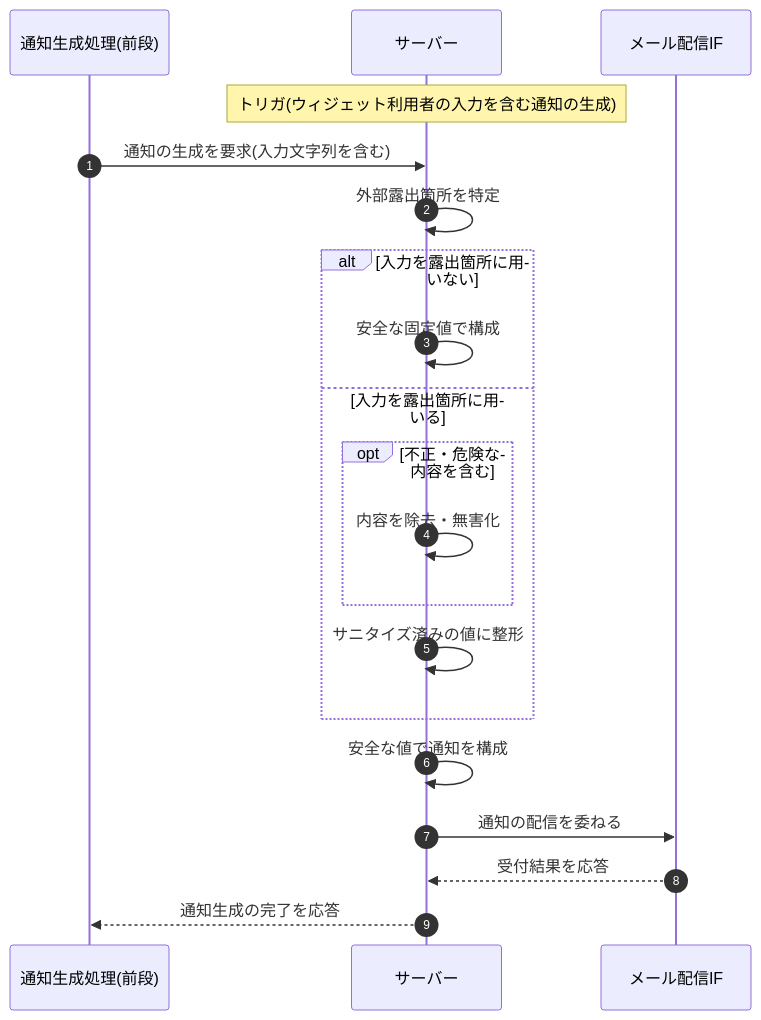
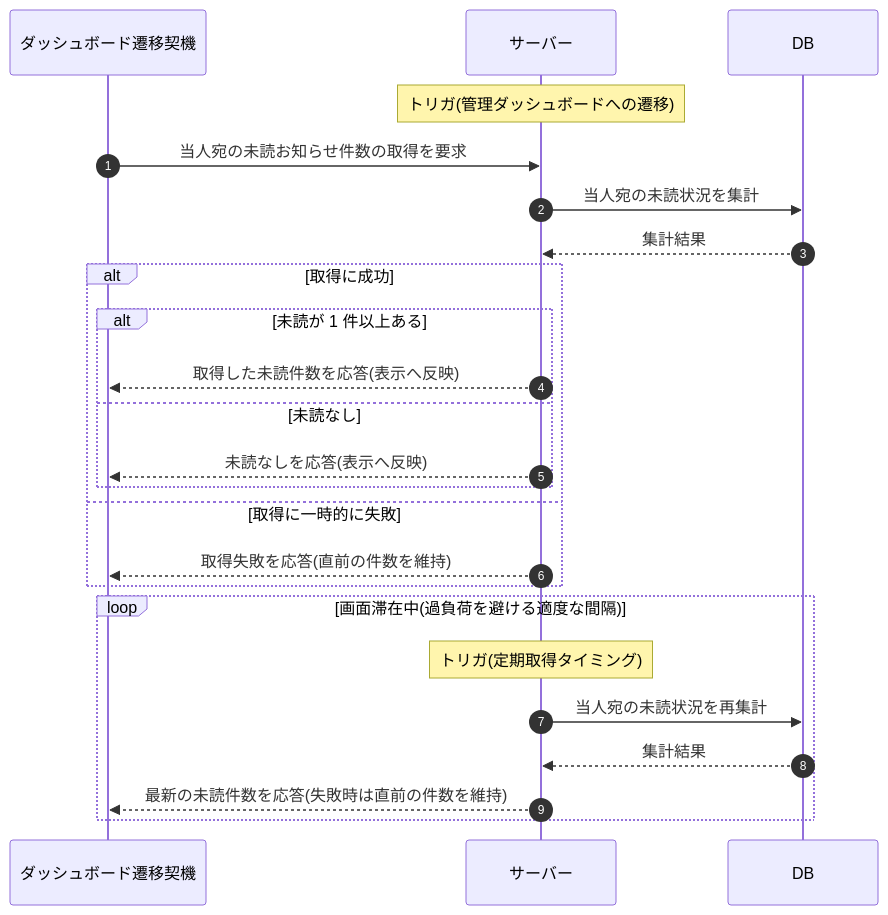
The diagram in 02_basic_design/03_sequences/SEQ-118.md (sikakou54/open-faq), drawn with Mermaid before and after one commit. The commit also changed other lines of this file and 395 other files, not shown here.

````diff
--- a/02_basic_design/03_sequences/SEQ-118.md
+++ b/02_basic_design/03_sequences/SEQ-118.md
@@ -25,22 +25,26 @@
 ```mermaid
 sequenceDiagram
   autonumber
-  participant T as 通知生成処理(前段)
+  participant TR as ダッシュボード遷移契機
   participant Server as サーバー
-  participant API as メール配信IF
-  Note over Server: トリガ(ウィジェット利用者の入力を含む通知の生成)
-  T->>Server: 通知の生成を要求(入力文字列を含む)
-  Server->>Server: 外部露出箇所を特定
-  alt 入力を露出箇所に用いない
-    Server->>Server: 安全な固定値で構成
-  else 入力を露出箇所に用いる
-    opt 不正・危険な内容を含む
-      Server->>Server: 内容を除去・無害化
+  participant DB as DB
+  Note over Server: トリガ(管理ダッシュボードへの遷移)
+  TR->>Server: 当人宛の未読お知らせ件数の取得を要求
+  Server->>DB: 当人宛の未読状況を集計
+  DB-->>Server: 集計結果
+  alt 取得に成功
+    alt 未読が 1 件以上ある
+      Server-->>TR: 取得した未読件数を応答(表示へ反映)
+    else 未読なし
+      Server-->>TR: 未読なしを応答(表示へ反映)
     end
-    Server->>Server: サニタイズ済みの値に整形
+  else 取得に一時的に失敗
+    Server-->>TR: 取得失敗を応答(直前の件数を維持)
   end
-  Server->>Server: 安全な値で通知を構成
-  Server->>API: 通知の配信を委ねる
-  API-->>Server: 受付結果を応答
-  Server-->>T: 通知生成の完了を応答
+  loop 画面滞在中(過負荷を避ける適度な間隔)
+    Note over Server: トリガ(定期取得タイミング)
+    Server->>DB: 当人宛の未読状況を再集計
+    DB-->>Server: 集計結果
+    Server-->>TR: 最新の未読件数を応答(失敗時は直前の件数を維持)
+  end
 ```
````
